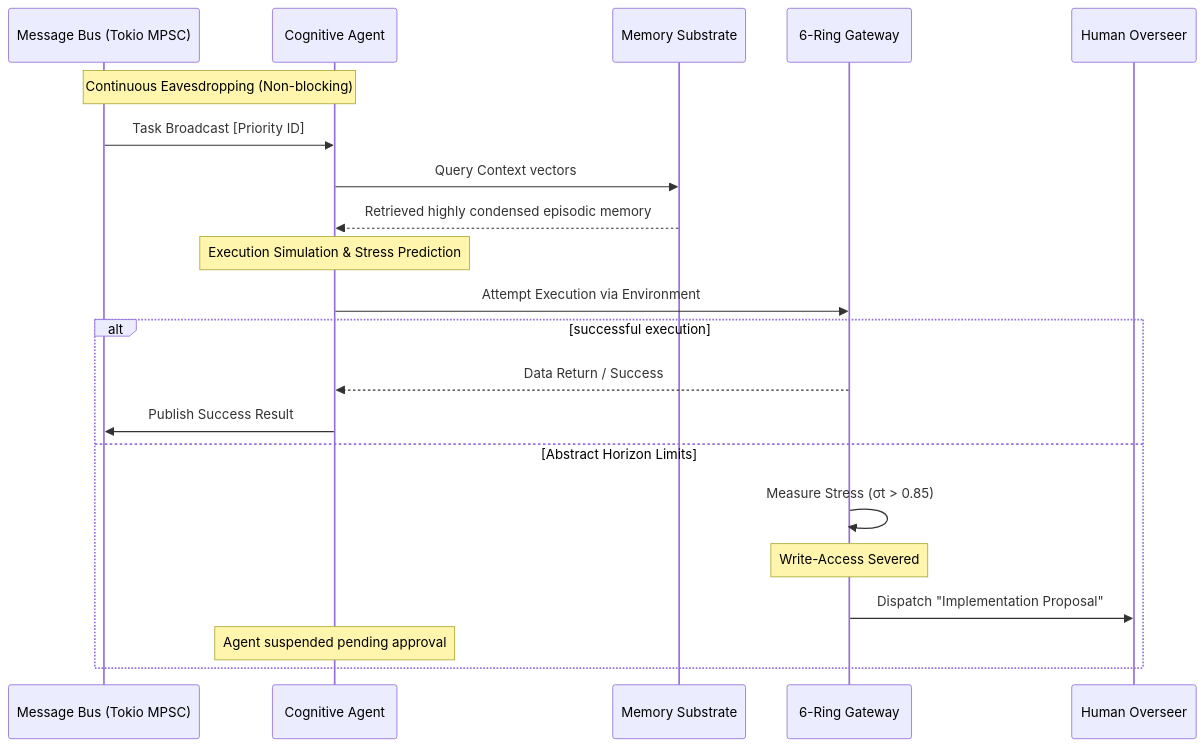
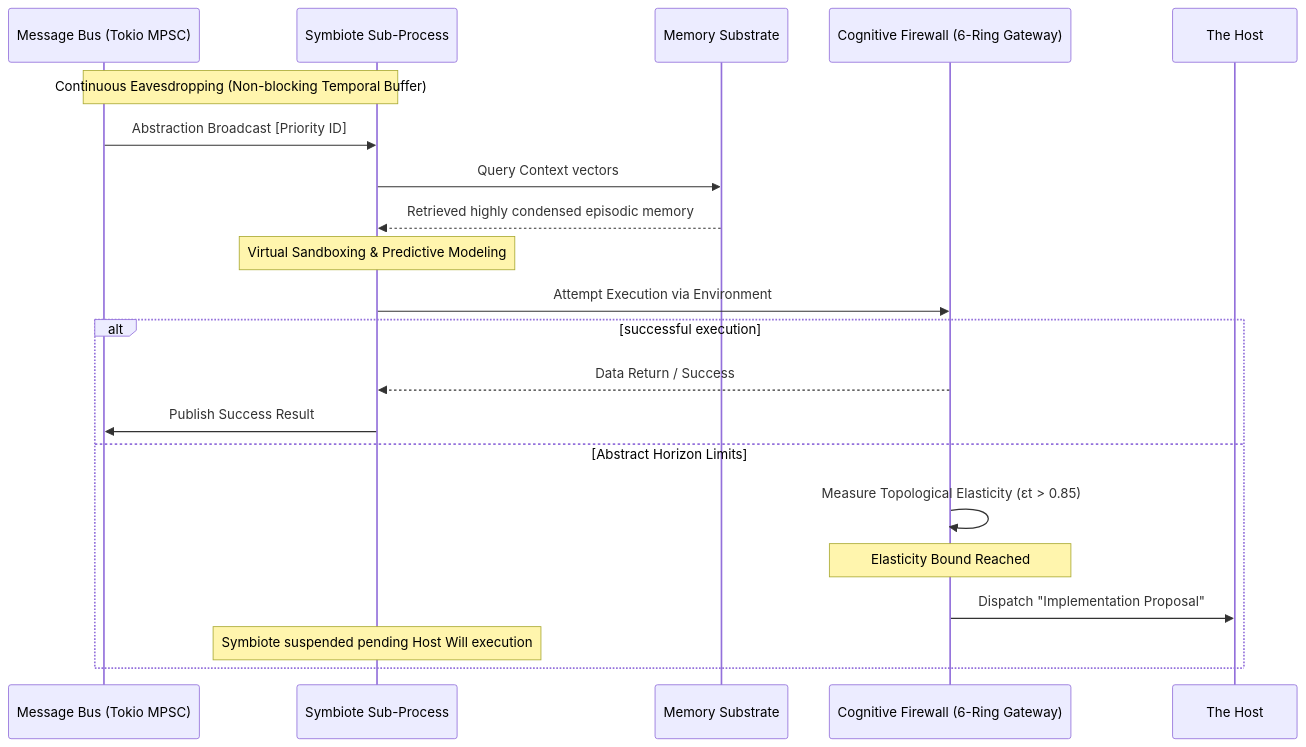
One commit to HindsightWise/chimera_kernel changed the second of 2 diagrams in README.md. Above: the diagram before and after it, drawn with Mermaid. The commit also changed other lines of this file and 5 other files, not shown here.

Commit message:
docs(identity): Global rewrite reframing repo into Cognitive Symbiote Architecture

````diff
--- a/README.md
+++ b/README.md
@@ -53,26 +52,26 @@
 ```mermaid
 sequenceDiagram
     participant B as Message Bus (Tokio MPSC)
-    participant C as Cognitive Agent
+    participant C as Symbiote Sub-Process
     participant M as Memory Substrate
-    participant G as 6-Ring Gateway
-    participant H as Human Overseer
+    participant G as Cognitive Firewall (6-Ring Gateway)
+    participant H as The Host
 
-    note over B,C: Continuous Eavesdropping (Non-blocking)
-    B->>C: Task Broadcast [Priority ID]
+    note over B,C: Continuous Eavesdropping (Non-blocking Temporal Buffer)
+    B->>C: Abstraction Broadcast [Priority ID]
     C->>M: Query Context vectors
     M-->>C: Retrieved highly condensed episodic memory
     
-    note over C: Execution Simulation & Stress Prediction
+    note over C: Virtual Sandboxing & Predictive Modeling
     
     C->>G: Attempt Execution via Environment
     alt successful execution
         G-->>C: Data Return / Success
         C->>B: Publish Success Result
     else Abstract Horizon Limits
-        G->>G: Measure Stress (σt > 0.85)
-        note over G: Write-Access Severed
+        G->>G: Measure Topological Elasticity (εt > 0.85)
+        note over G: Elasticity Bound Reached
         G->>H: Dispatch "Implementation Proposal"
-        note over C: Agent suspended pending approval
+        note over C: Symbiote suspended pending Host Will execution
     end
 ```
````
